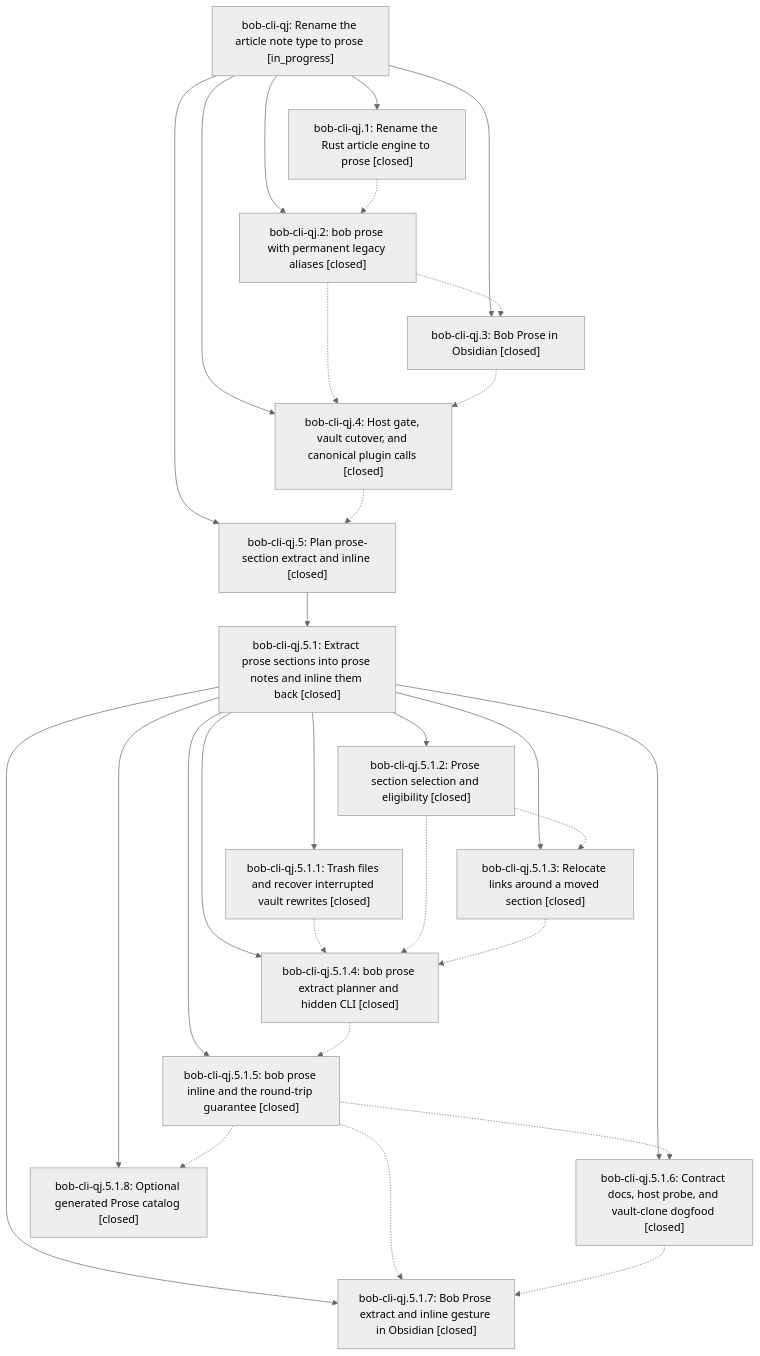
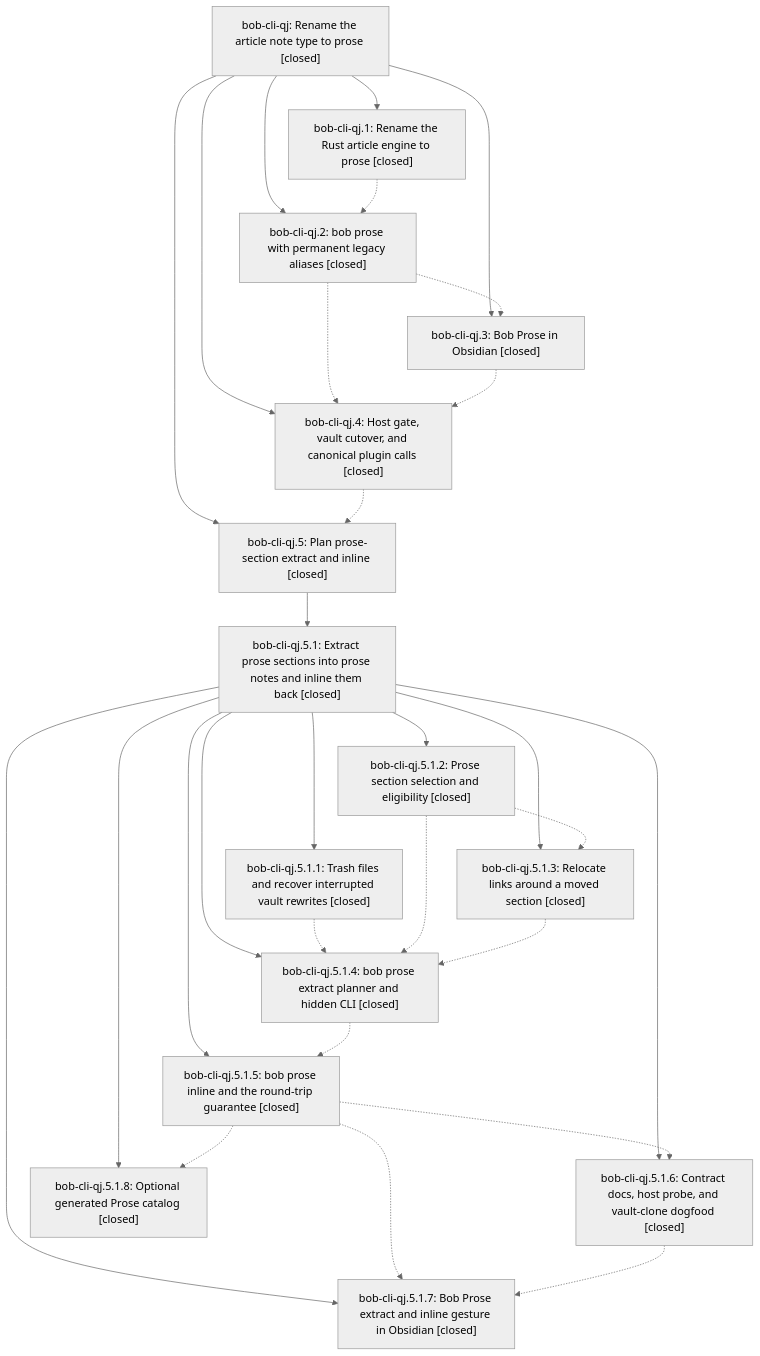
One commit to bobs-org/bob-cli--beads changed the diagram in pages/bob-cli-qj/README.md. Above: the diagram before and after it, drawn with Mermaid (neutral theme). The commit also changed other lines of this file and 8 other files, not shown here.

First line of the commit message:
chore(beads): sync bead state and pages for bob-cli-qj

````diff
--- a/pages/bob-cli-qj/README.md
+++ b/pages/bob-cli-qj/README.md
@@ -50,46 +52,46 @@
 ```mermaid
 flowchart TD
-    n0["bob-cli-qj: Rename the article note type to prose [in_progress]"]
+    n0["bob-cli-qj: Rename the article note type to prose [closed]"]
     n1["bob-cli-qj.1: Rename the Rust article engine to prose [closed]"]
     n2["bob-cli-qj.2: bob prose with permanent legacy aliases [closed]"]
     n3["bob-cli-qj.3: Bob Prose in Obsidian [closed]"]
     n4["bob-cli-qj.4: Host gate, vault cutover, and canonical plugin calls [closed]"]
     n5["bob-cli-qj.5: Plan prose-section extract and inline [closed]"]
     n6["bob-cli-qj.5.1: Extract prose sections into prose notes and inline them back [closed]"]
     n7["bob-cli-qj.5.1.1: Trash files and recover interrupted vault rewrites [closed]"]
     n8["bob-cli-qj.5.1.2: Prose section selection and eligibility [closed]"]
     n9["bob-cli-qj.5.1.3: Relocate links around a moved section [closed]"]
     n10["bob-cli-qj.5.1.4: bob prose extract planner and hidden CLI [closed]"]
     n11["bob-cli-qj.5.1.5: bob prose inline and the round-trip guarantee [closed]"]
     n12["bob-cli-qj.5.1.6: Contract docs, host probe, and vault-clone dogfood [closed]"]
     n13["bob-cli-qj.5.1.7: Bob Prose extract and inline gesture in Obsidian [closed]"]
     n14["bob-cli-qj.5.1.8: Optional generated Prose catalog [closed]"]
     n0 --> n1
     n0 --> n2
     n0 --> n3
     n0 --> n4
     n0 --> n5
     n5 --> n6
     n6 --> n7
     n6 --> n8
     n6 --> n9
     n6 --> n10
     n6 --> n11
     n6 --> n12
     n6 --> n13
     n6 --> n14
     n1 -.-> n2
     n2 -.-> n3
     n2 -.-> n4
     n3 -.-> n4
     n4 -.-> n5
     n7 -.-> n10
     n8 -.-> n9
     n8 -.-> n10
     n9 -.-> n10
     n10 -.-> n11
     n11 -.-> n12
     n11 -.-> n13
     n11 -.-> n14
     n12 -.-> n13
 ```
````
